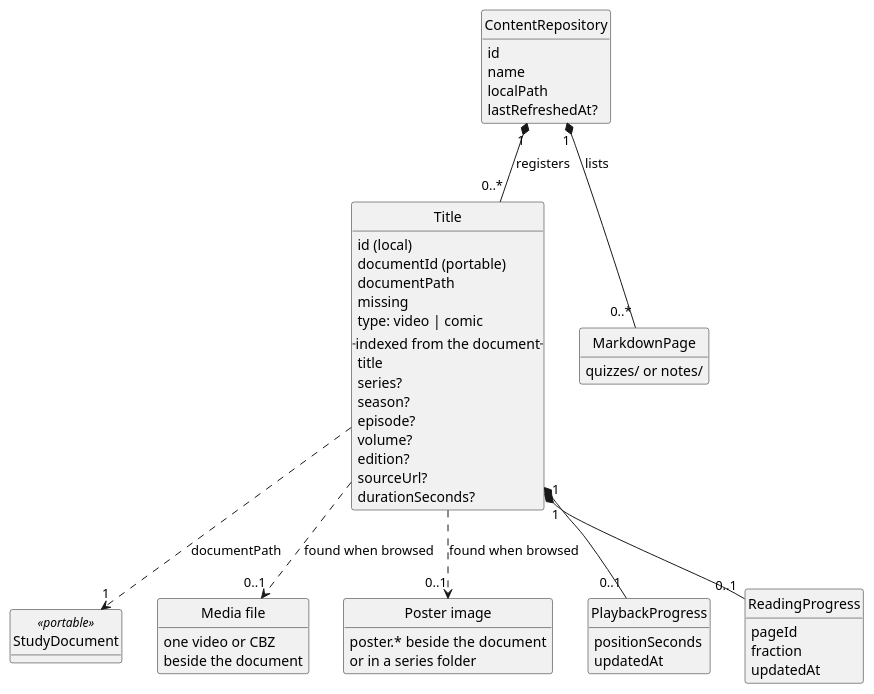
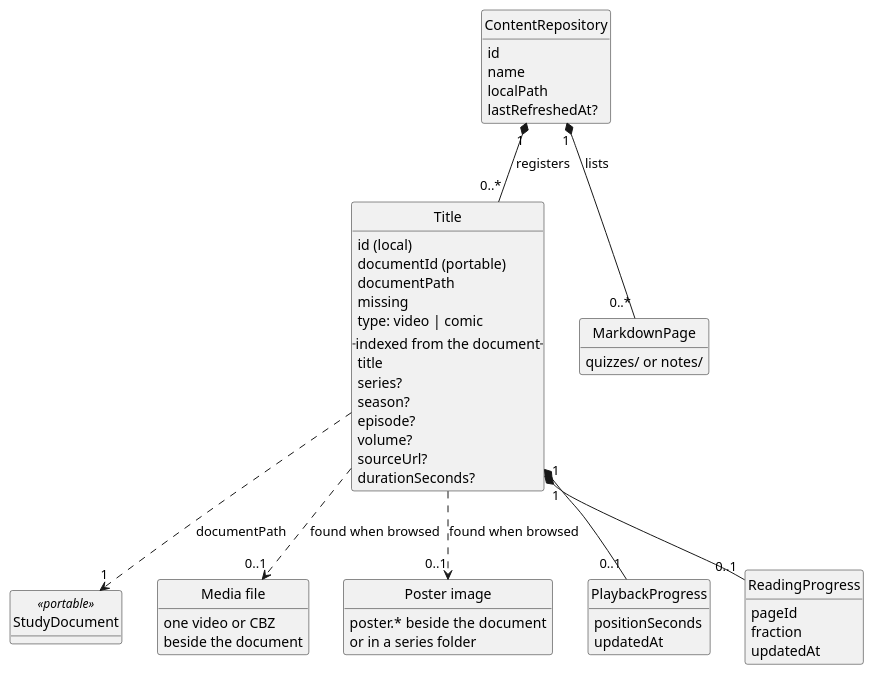
The diagram in docs/diagrams/library-model.puml (parkie213/petites-roues), drawn with PlantUML before and after one commit. The commit also changed 53 other files, not shown here.

```diff
--- a/docs/diagrams/library-model.puml
+++ b/docs/diagrams/library-model.puml
@@ -1,59 +1,58 @@
 @startuml
 hide methods
 hide circle
 skinparam shadowing false
 skinparam classAttributeIconSize 0
 skinparam defaultFontName sans-serif
 
 class ContentRepository {
   id
   name
   localPath
   lastRefreshedAt?
 }
 class Title {
   id (local)
   documentId (portable)
   documentPath
   missing
   type: video | comic
   -- indexed from the document --
   title
   series?
   season?
   episode?
   volume?
-  edition?
   sourceUrl?
   durationSeconds?
 }
 class StudyDocument <<portable>>
 class "Media file" as Media {
   one video or CBZ
   beside the document
 }
 class "Poster image" as Poster {
   poster.* beside the document
   or in a series folder
 }
 class PlaybackProgress {
   positionSeconds
   updatedAt
 }
 class ReadingProgress {
   pageId
   fraction
   updatedAt
 }
 class MarkdownPage {
   quizzes/ or notes/
 }
 
 ContentRepository "1" *-- "0..*" Title : registers
 ContentRepository "1" *-- "0..*" MarkdownPage : lists
 Title ..> "1" StudyDocument : documentPath
 Title ..> "0..1" Media : found when browsed
 Title ..> "0..1" Poster : found when browsed
 Title "1" *-- "0..1" PlaybackProgress
 Title "1" *-- "0..1" ReadingProgress
 @enduml
```
